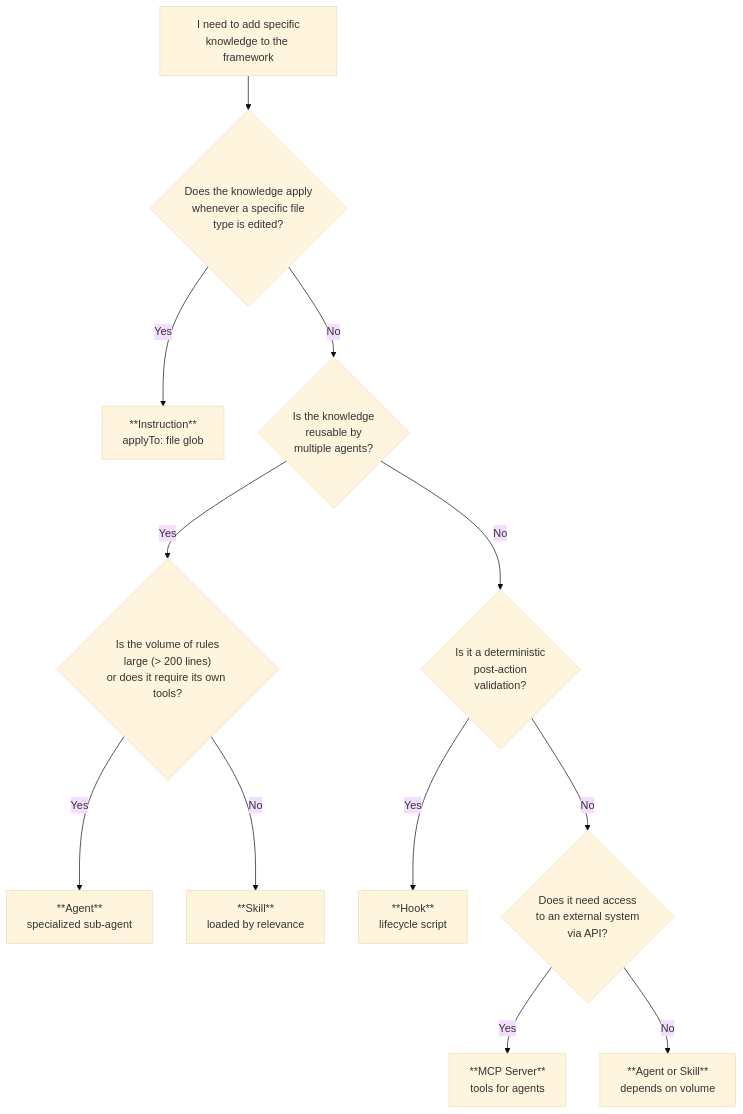
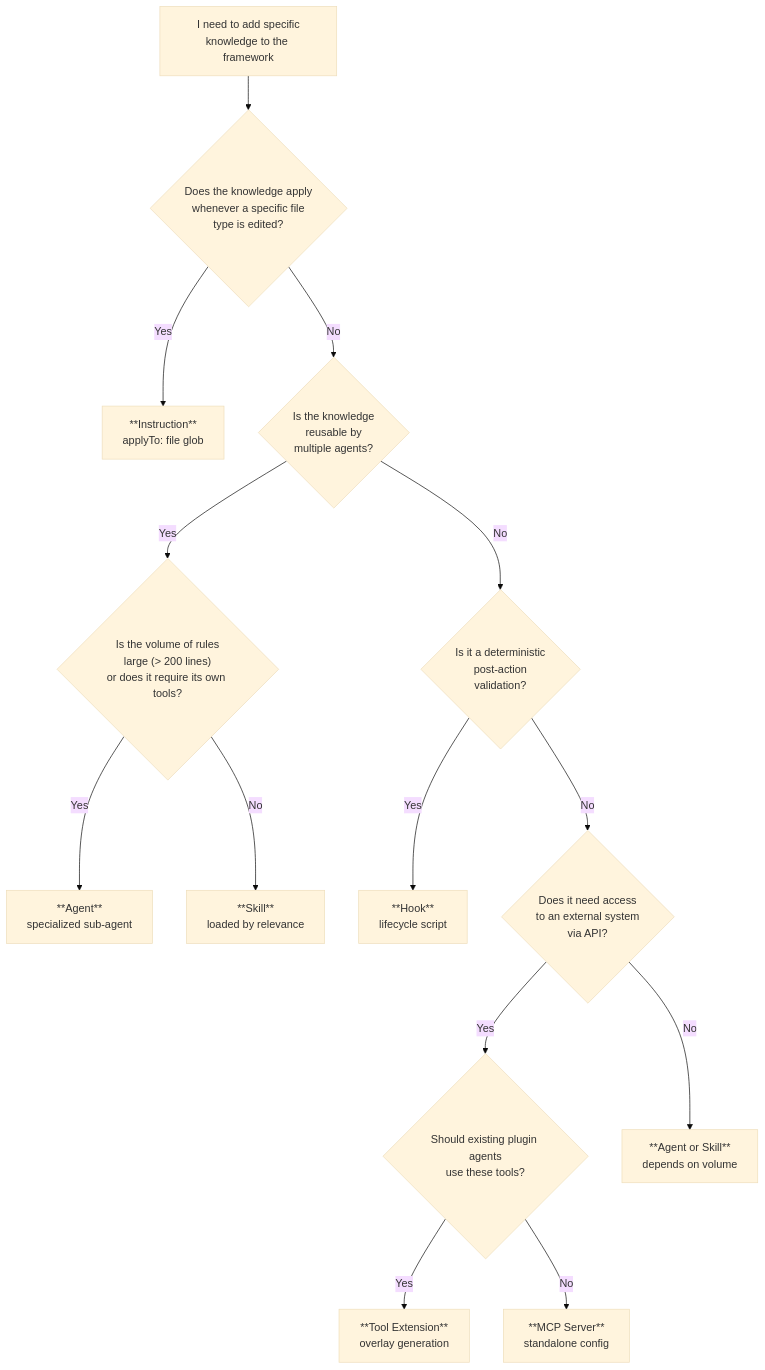
The diagram in docs/framework/extensibility.md (microsoft/devsquad-copilot), drawn with Mermaid (base theme) before and after one commit. The commit also changed other lines of this file and 4 other files, not shown here.

````diff
--- a/docs/framework/extensibility.md
+++ b/docs/framework/extensibility.md
@@ -19,18 +20,20 @@
 ```mermaid
 flowchart TD
     start["I need to add specific<br>knowledge to the framework"]
 
     start --> q1{"Does the knowledge apply<br>whenever a specific file<br>type is edited?"}
     q1 -->|Yes| instruction["**Instruction**<br>applyTo: file glob"]
     q1 -->|No| q2{"Is the knowledge<br>reusable by<br>multiple agents?"}
 
     q2 -->|Yes| q3{"Is the volume of rules<br>large (> 200 lines)<br>or does it require its own tools?"}
     q3 -->|Yes| agent["**Agent**<br>specialized sub-agent"]
     q3 -->|No| skill["**Skill**<br>loaded by relevance"]
 
     q2 -->|No| q4{"Is it a deterministic<br>post-action<br>validation?"}
     q4 -->|Yes| hook["**Hook**<br>lifecycle script"]
     q4 -->|No| q5{"Does it need access<br>to an external system<br>via API?"}
-    q5 -->|Yes| mcp["**MCP Server**<br>tools for agents"]
+    q5 -->|Yes| q6{"Should existing plugin agents<br>use these tools?"}
+    q6 -->|Yes| toolext["**Tool Extension**<br>overlay generation"]
+    q6 -->|No| mcp["**MCP Server**<br>standalone config"]
     q5 -->|No| agent2["**Agent or Skill**<br>depends on volume"]
 ```
````
